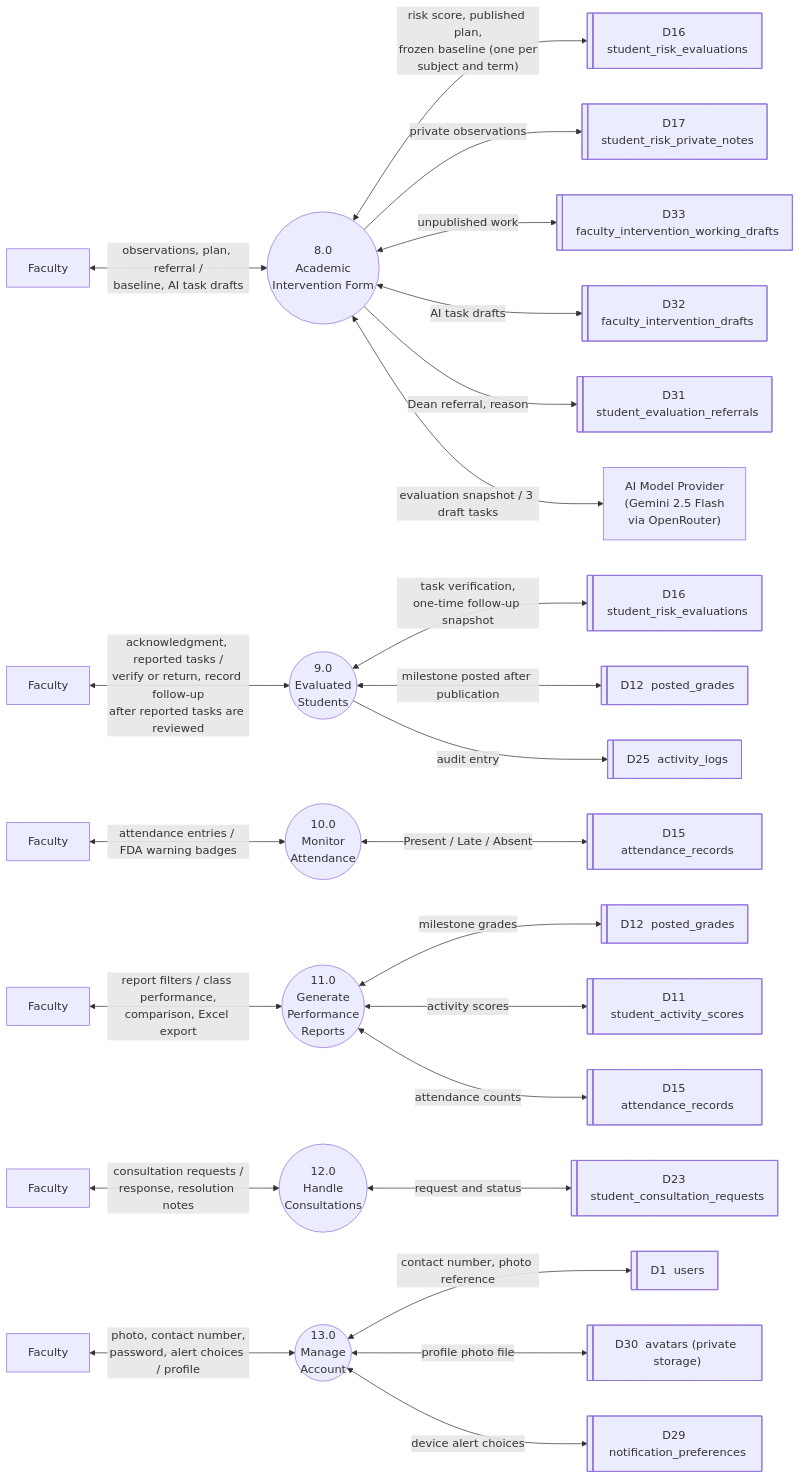
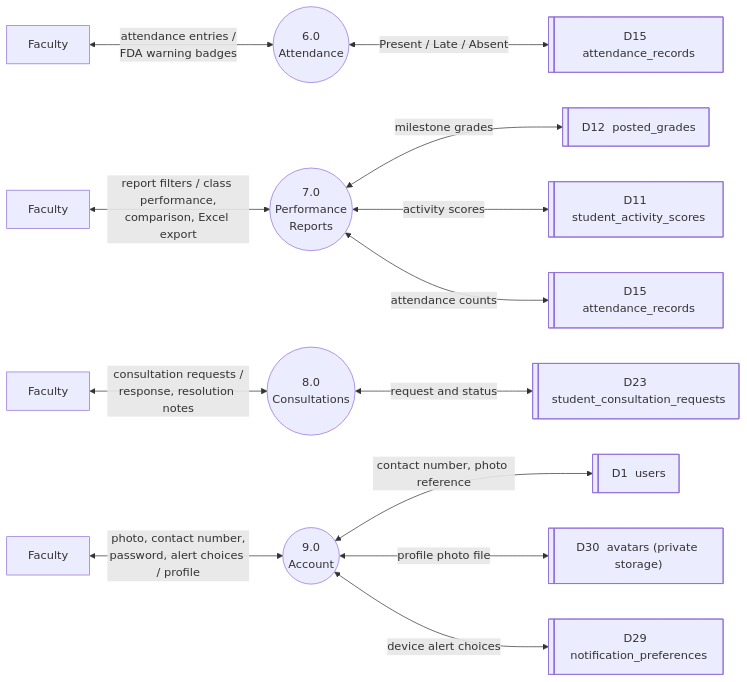
The diagram in docs/02-thesis/figures/Figure-2.9-DFD-Faculty-B.mmd (kurarensu16/sage), drawn with Mermaid before and after one commit. The commit also changed 85 other files, not shown here.

First line of the commit message:
feat: security hardening, consultation scheduling, COG snapshots, and OTP password reset

```diff
--- a/docs/02-thesis/figures/Figure-2.9-DFD-Faculty-B.mmd
+++ b/docs/02-thesis/figures/Figure-2.9-DFD-Faculty-B.mmd
@@ -1,39 +1,24 @@
 flowchart LR
-%% ===== Figure 2.9 — Level 1 DFD: Faculty Portal — column B (processes 8.0–13.0), revised 2026-10-10 =====
-%% Two-column layout (see compose_columns.py); adds 11.0 Generate Performance Reports.
-%% Revised 2026-10-10 (evening): one evaluation per subject and term; follow-up after reported tasks are reviewed.
+%% ===== Figure 2.9 — Level 1 DFD: Faculty Portal — column B (processes 6.0–9.0), consolidated 2026-10-14 =====
+%% Each process now corresponds 1:1 with a module in Figure 2.12 (VTOC) and the Scope and Delimitation.
+%% Two-column layout (see compose_columns.py).
+
+  %% ---------- 6.0 ----------
+  F6["Faculty"] <-- "attendance entries /<br/>FDA warning badges" --> P6(("6.0<br/>Attendance"))
+  P6 <-- "Present / Late / Absent" --> D15f@{ shape: lin-rect, label: "D15&nbsp; attendance_records" }
+
+  %% ---------- 7.0 ----------
+  F7["Faculty"] <-- "report filters / class performance,<br/>comparison, Excel export" --> P7(("7.0<br/>Performance<br/>Reports"))
+  P7 <-- "milestone grades" --> D12g@{ shape: lin-rect, label: "D12&nbsp; posted_grades" }
+  P7 <-- "activity scores" --> D11g@{ shape: lin-rect, label: "D11&nbsp; student_activity_scores" }
+  P7 <-- "attendance counts" --> D15g@{ shape: lin-rect, label: "D15&nbsp; attendance_records" }
 
   %% ---------- 8.0 ----------
-  F8["Faculty"] <-- "observations, plan, referral /<br/>baseline, AI task drafts" --> P8(("8.0<br/>Academic<br/>Intervention Form"))
-  P8 <-- "risk score, published plan,<br/>frozen baseline (one per<br/>subject and term)" --> D16h@{ shape: lin-rect, label: "D16&nbsp; student_risk_evaluations" }
-  P8 -- "private observations" --> D17h@{ shape: lin-rect, label: "D17&nbsp; student_risk_private_notes" }
-  P8 <-- "unpublished work" --> D33h@{ shape: lin-rect, label: "D33&nbsp; faculty_intervention_working_drafts" }
-  P8 <-- "AI task drafts" --> D32h@{ shape: lin-rect, label: "D32&nbsp; faculty_intervention_drafts" }
-  P8 -- "Dean referral, reason" --> D31h@{ shape: lin-rect, label: "D31&nbsp; student_evaluation_referrals" }
-  P8 <-- "evaluation snapshot / 3 draft tasks" --> AIP["AI Model Provider<br/>(Gemini 2.5 Flash<br/>via OpenRouter)"]
+  F8["Faculty"] <-- "consultation requests /<br/>response, resolution notes" --> P8(("8.0<br/>Consultations"))
+  P8 <-- "request and status" --> D23h@{ shape: lin-rect, label: "D23&nbsp; student_consultation_requests" }
 
   %% ---------- 9.0 ----------
-  F9["Faculty"] <-- "acknowledgment, reported tasks /<br/>verify or return, record follow-up<br/>after reported tasks are reviewed" --> P9(("9.0<br/>Evaluated<br/>Students"))
-  P9 <-- "task verification,<br/>one-time follow-up snapshot" --> D16i@{ shape: lin-rect, label: "D16&nbsp; student_risk_evaluations" }
-  P9 <-- "milestone posted after publication" --> D12i@{ shape: lin-rect, label: "D12&nbsp; posted_grades" }
-  P9 -- "audit entry" --> D25i@{ shape: lin-rect, label: "D25&nbsp; activity_logs" }
-
-  %% ---------- 10.0 ----------
-  F10["Faculty"] <-- "attendance entries / FDA warning badges" --> P10(("10.0<br/>Monitor<br/>Attendance"))
-  P10 <-- "Present / Late / Absent" --> D15j@{ shape: lin-rect, label: "D15&nbsp; attendance_records" }
-
-  %% ---------- 11.0 ----------
-  F11["Faculty"] <-- "report filters / class performance,<br/>comparison, Excel export" --> P11(("11.0<br/>Generate<br/>Performance<br/>Reports"))
-  P11 <-- "milestone grades" --> D12k@{ shape: lin-rect, label: "D12&nbsp; posted_grades" }
-  P11 <-- "activity scores" --> D11k@{ shape: lin-rect, label: "D11&nbsp; student_activity_scores" }
-  P11 <-- "attendance counts" --> D15k@{ shape: lin-rect, label: "D15&nbsp; attendance_records" }
-
-  %% ---------- 12.0 ----------
-  F12["Faculty"] <-- "consultation requests /<br/>response, resolution notes" --> P12(("12.0<br/>Handle<br/>Consultations"))
-  P12 <-- "request and status" --> D23l@{ shape: lin-rect, label: "D23&nbsp; student_consultation_requests" }
-
-  %% ---------- 13.0 ----------
-  F13["Faculty"] <-- "photo, contact number,<br/>password, alert choices / profile" --> P13(("13.0<br/>Manage<br/>Account"))
-  P13 <-- "contact number, photo reference" --> D1m@{ shape: lin-rect, label: "D1&nbsp; users" }
-  P13 <-- "profile photo file" --> D30m@{ shape: lin-rect, label: "D30&nbsp; avatars (private storage)" }
-  P13 <-- "device alert choices" --> D29m@{ shape: lin-rect, label: "D29&nbsp; notification_preferences" }
+  F9["Faculty"] <-- "photo, contact number,<br/>password, alert choices / profile" --> P9(("9.0<br/>Account"))
+  P9 <-- "contact number, photo reference" --> D1i@{ shape: lin-rect, label: "D1&nbsp; users" }
+  P9 <-- "profile photo file" --> D30i@{ shape: lin-rect, label: "D30&nbsp; avatars (private storage)" }
+  P9 <-- "device alert choices" --> D29i@{ shape: lin-rect, label: "D29&nbsp; notification_preferences" }
```
